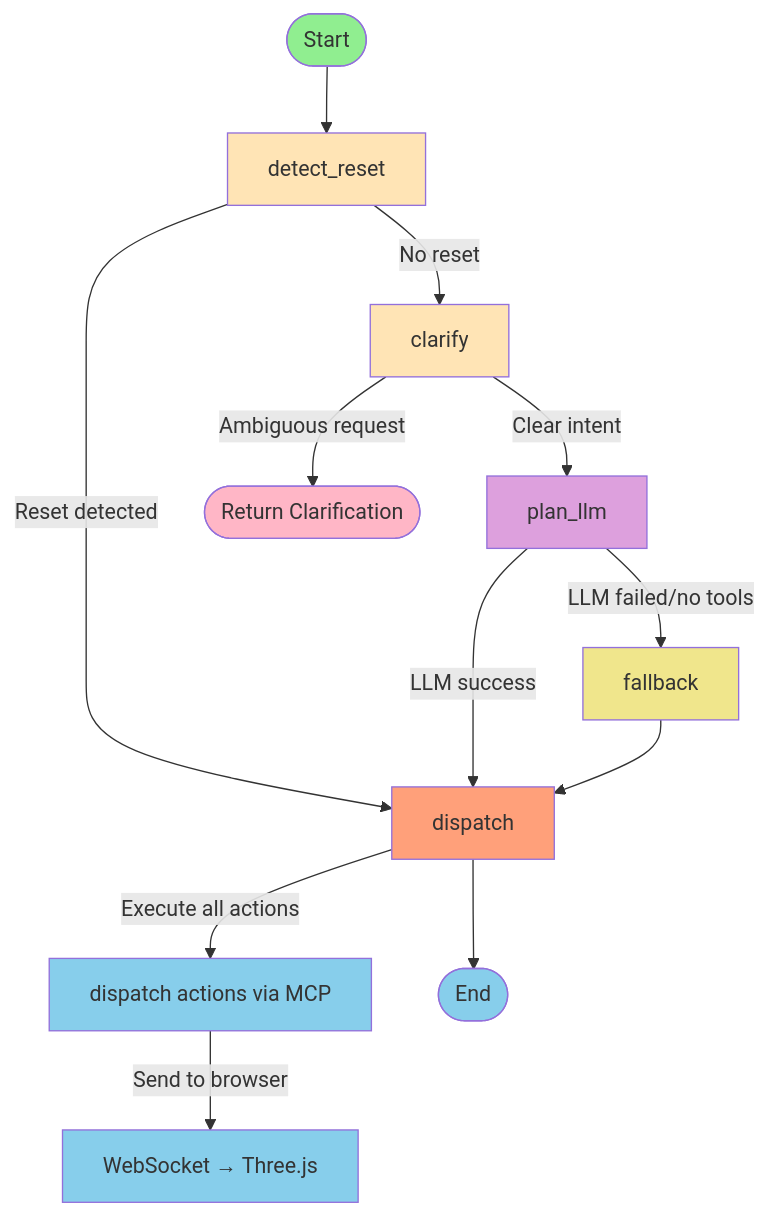
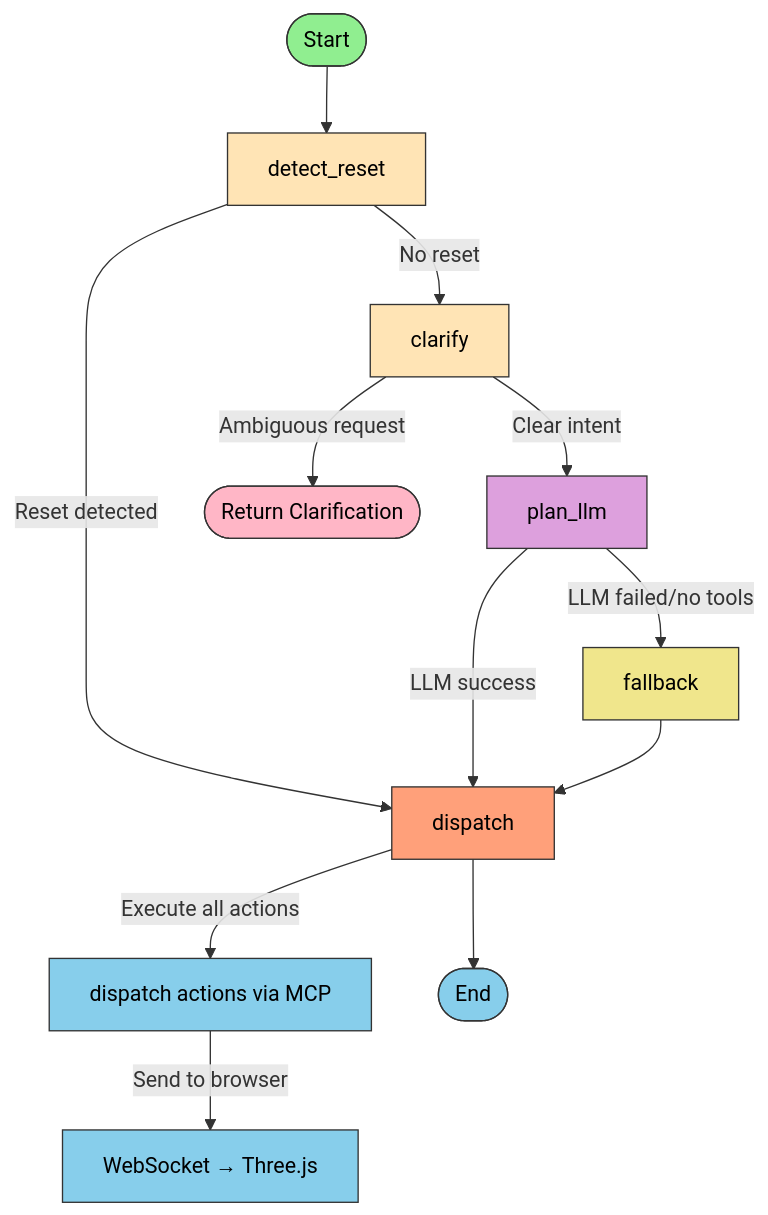
Before and after one commit to JiteshPL/plm_mcp_server: the diagram in README.md, drawn with Mermaid. The commit also changed other lines of this file, not shown here.

Commit message:
docs: update README project structure and set LangGraph node text color to black for readability

````diff
--- a/README.md
+++ b/README.md
@@ -135,31 +135,31 @@
 ```mermaid
 flowchart TD
   START([Start]) --> A[detect_reset]
   
   A -->|Reset detected| B[dispatch]
   A -->|No reset| C[clarify]
   
   C -->|Ambiguous request| END1([Return Clarification])
   C -->|Clear intent| D[plan_llm]
   
   D -->|LLM success| B
   D -->|LLM failed/no tools| E[fallback]
   
   E --> B
   
   B -->|Execute all actions| F[dispatch actions via MCP]
   F -->|Send to browser| G[WebSocket → Three.js]
   
   B --> END2([End])
   
-  style START fill:#90EE90
-  style END1 fill:#FFB6C6
-  style END2 fill:#87CEEB
-  style A fill:#FFE4B5
-  style C fill:#FFE4B5
-  style D fill:#DDA0DD
-  style E fill:#F0E68C
-  style B fill:#FFA07A
-  style F fill:#87CEEB
-  style G fill:#87CEEB
+  style START fill:#90EE90, color:#000000, stroke:#333
+  style END1 fill:#FFB6C6, color:#000000, stroke:#333
+  style END2 fill:#87CEEB, color:#000000, stroke:#333
+  style A fill:#FFE4B5, color:#000000, stroke:#333
+  style C fill:#FFE4B5, color:#000000, stroke:#333
+  style D fill:#DDA0DD, color:#000000, stroke:#333
+  style E fill:#F0E68C, color:#000000, stroke:#333
+  style B fill:#FFA07A, color:#000000, stroke:#333
+  style F fill:#87CEEB, color:#000000, stroke:#333
+  style G fill:#87CEEB, color:#000000, stroke:#333
 ```
````
